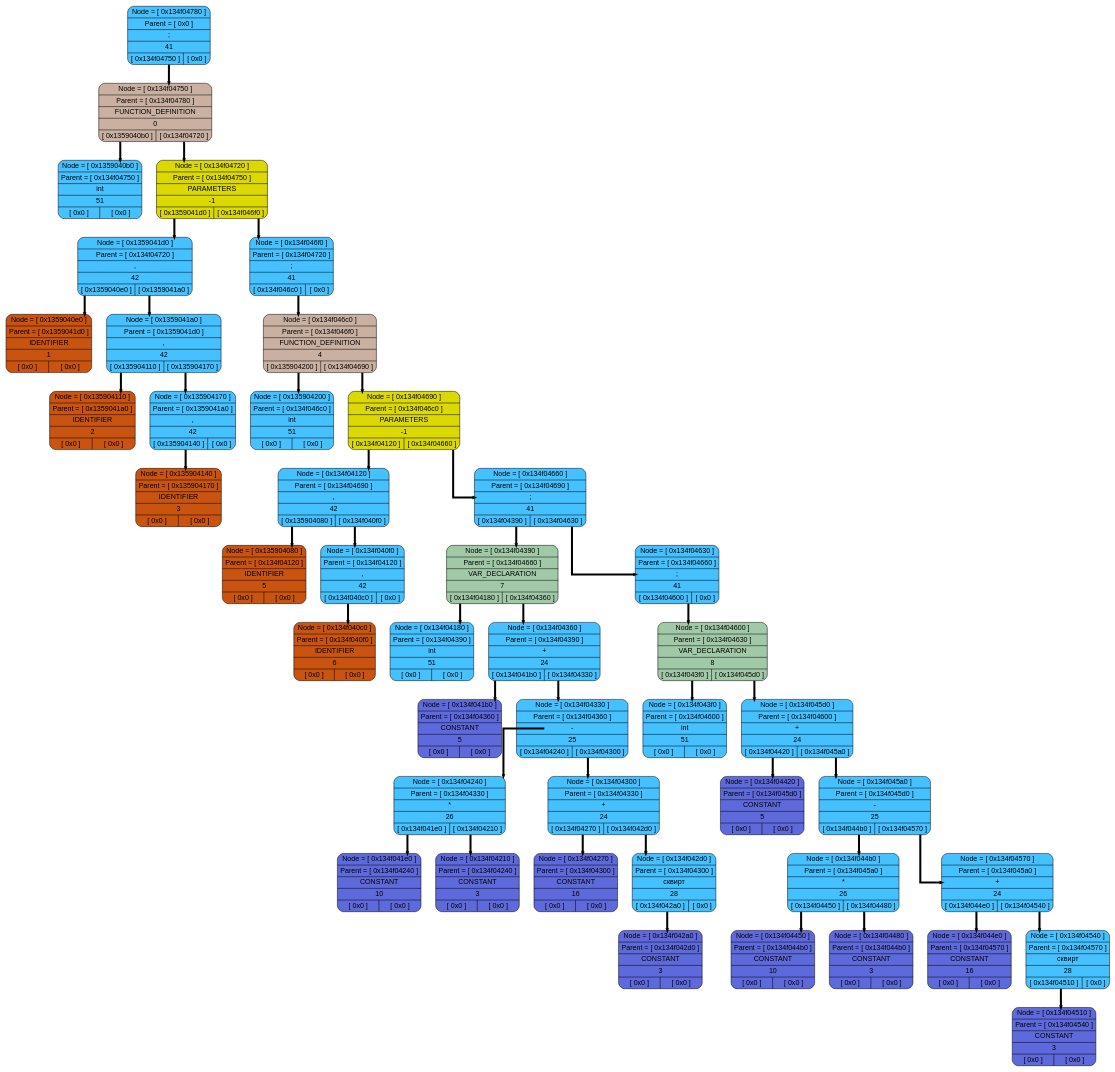
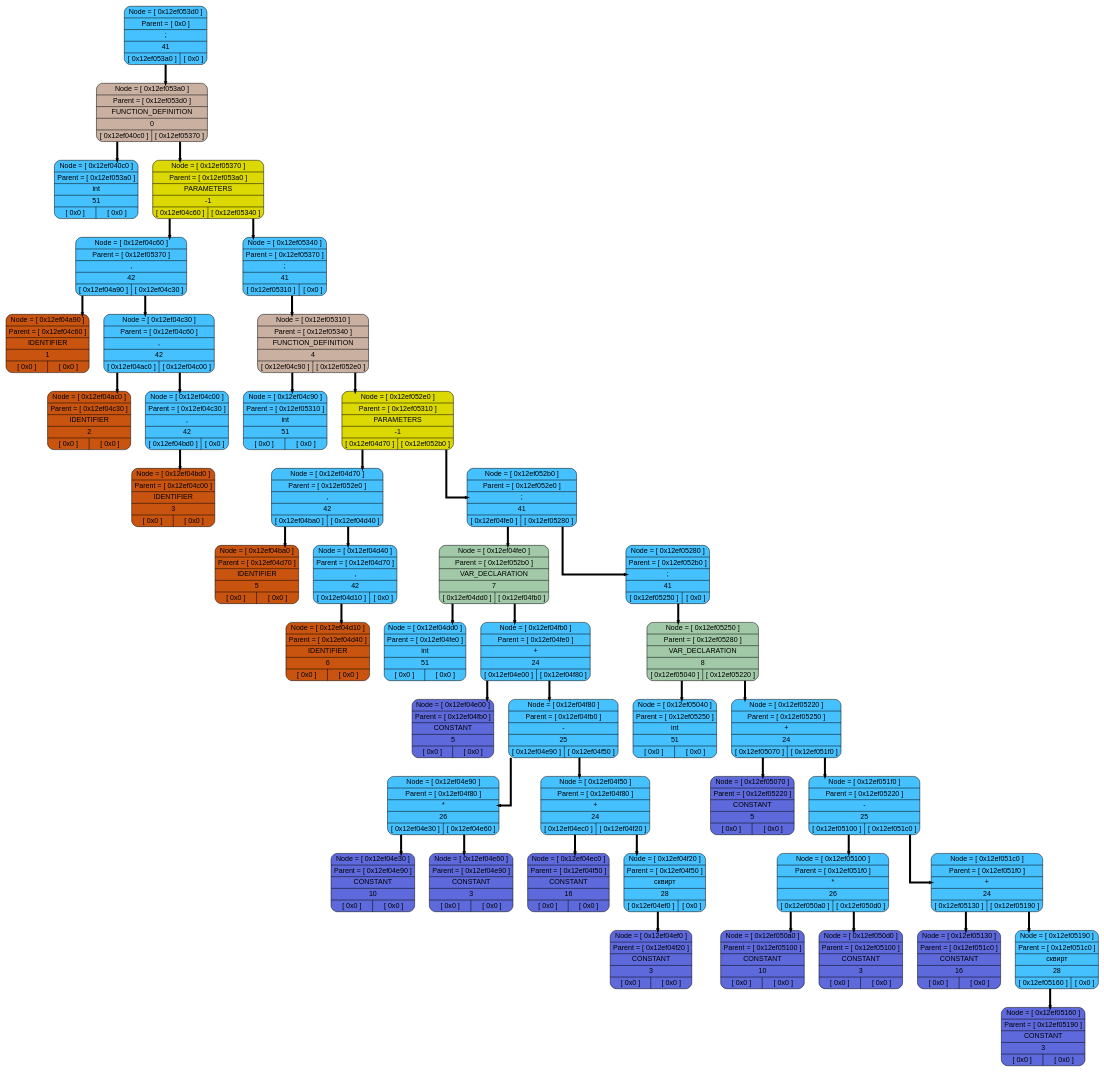
Before and after one commit to livlavr/Language: the diagram in Dump-source/dump.dot, drawn with Graphviz. The commit also changed 18 other files, not shown here.

```diff
--- a/Dump-source/dump.dot
+++ b/Dump-source/dump.dot
@@ -4,91 +4,91 @@
 nodesep=0.4;
 node [shape=record, fontname="Arial"];
 edge [style=bold, color="black", weight=10, penwidth=4, arrowsize=0.2];
-P0x134f04780 [style = "filled, rounded", fillcolor="#45c1ff"label=" {Node = [ 0x134f04780 ] | Parent = [ 0x0 ] | ; | 41| { <l> [ 0x134f04750 ] | <r> [ 0x0 ]}}" ];
-P0x134f04750 [style = "filled, rounded", fillcolor="#c9b0a1"label=" {Node = [ 0x134f04750 ] | Parent = [ 0x134f04780 ] | FUNCTION_DEFINITION | 0 | { <l> [ 0x1359040b0 ] | <r> [ 0x134f04720 ]}}" ];
-P0x1359040b0 [style = "filled, rounded", fillcolor="#45c1ff"label=" {Node = [ 0x1359040b0 ] | Parent = [ 0x134f04750 ] | int | 51| { <l> [ 0x0 ] | <r> [ 0x0 ]}}" ];
-P0x134f04720 [style = "filled, rounded", fillcolor="#dbd802"label=" {Node = [ 0x134f04720 ] | Parent = [ 0x134f04750 ] | PARAMETERS | -1 | { <l> [ 0x1359041d0 ] | <r> [ 0x134f046f0 ]}}" ];
-P0x1359041d0 [style = "filled, rounded", fillcolor="#45c1ff"label=" {Node = [ 0x1359041d0 ] | Parent = [ 0x134f04720 ] | , | 42| { <l> [ 0x1359040e0 ] | <r> [ 0x1359041a0 ]}}" ];
-P0x1359040e0 [style = "filled, rounded", fillcolor="#c95410"label=" {Node = [ 0x1359040e0 ] | Parent = [ 0x1359041d0 ] | IDENTIFIER | 1 | { <l> [ 0x0 ] | <r> [ 0x0 ]}}" ];
-P0x1359041a0 [style = "filled, rounded", fillcolor="#45c1ff"label=" {Node = [ 0x1359041a0 ] | Parent = [ 0x1359041d0 ] | , | 42| { <l> [ 0x135904110 ] | <r> [ 0x135904170 ]}}" ];
-P0x135904110 [style = "filled, rounded", fillcolor="#c95410"label=" {Node = [ 0x135904110 ] | Parent = [ 0x1359041a0 ] | IDENTIFIER | 2 | { <l> [ 0x0 ] | <r> [ 0x0 ]}}" ];
-P0x135904170 [style = "filled, rounded", fillcolor="#45c1ff"label=" {Node = [ 0x135904170 ] | Parent = [ 0x1359041a0 ] | , | 42| { <l> [ 0x135904140 ] | <r> [ 0x0 ]}}" ];
-P0x135904140 [style = "filled, rounded", fillcolor="#c95410"label=" {Node = [ 0x135904140 ] | Parent = [ 0x135904170 ] | IDENTIFIER | 3 | { <l> [ 0x0 ] | <r> [ 0x0 ]}}" ];
-P0x135904170:<l> -> P0x135904140
-P0x1359041a0:<l> -> P0x135904110
-P0x1359041a0:<r> -> P0x135904170
-P0x1359041d0:<l> -> P0x1359040e0
-P0x1359041d0:<r> -> P0x1359041a0
-P0x134f046f0 [style = "filled, rounded", fillcolor="#45c1ff"label=" {Node = [ 0x134f046f0 ] | Parent = [ 0x134f04720 ] | ; | 41| { <l> [ 0x134f046c0 ] | <r> [ 0x0 ]}}" ];
-P0x134f046c0 [style = "filled, rounded", fillcolor="#c9b0a1"label=" {Node = [ 0x134f046c0 ] | Parent = [ 0x134f046f0 ] | FUNCTION_DEFINITION | 4 | { <l> [ 0x135904200 ] | <r> [ 0x134f04690 ]}}" ];
-P0x135904200 [style = "filled, rounded", fillcolor="#45c1ff"label=" {Node = [ 0x135904200 ] | Parent = [ 0x134f046c0 ] | int | 51| { <l> [ 0x0 ] | <r> [ 0x0 ]}}" ];
-P0x134f04690 [style = "filled, rounded", fillcolor="#dbd802"label=" {Node = [ 0x134f04690 ] | Parent = [ 0x134f046c0 ] | PARAMETERS | -1 | { <l> [ 0x134f04120 ] | <r> [ 0x134f04660 ]}}" ];
-P0x134f04120 [style = "filled, rounded", fillcolor="#45c1ff"label=" {Node = [ 0x134f04120 ] | Parent = [ 0x134f04690 ] | , | 42| { <l> [ 0x135904080 ] | <r> [ 0x134f040f0 ]}}" ];
-P0x135904080 [style = "filled, rounded", fillcolor="#c95410"label=" {Node = [ 0x135904080 ] | Parent = [ 0x134f04120 ] | IDENTIFIER | 5 | { <l> [ 0x0 ] | <r> [ 0x0 ]}}" ];
-P0x134f040f0 [style = "filled, rounded", fillcolor="#45c1ff"label=" {Node = [ 0x134f040f0 ] | Parent = [ 0x134f04120 ] | , | 42| { <l> [ 0x134f040c0 ] | <r> [ 0x0 ]}}" ];
-P0x134f040c0 [style = "filled, rounded", fillcolor="#c95410"label=" {Node = [ 0x134f040c0 ] | Parent = [ 0x134f040f0 ] | IDENTIFIER | 6 | { <l> [ 0x0 ] | <r> [ 0x0 ]}}" ];
-P0x134f040f0:<l> -> P0x134f040c0
-P0x134f04120:<l> -> P0x135904080
-P0x134f04120:<r> -> P0x134f040f0
-P0x134f04660 [style = "filled, rounded", fillcolor="#45c1ff"label=" {Node = [ 0x134f04660 ] | Parent = [ 0x134f04690 ] | ; | 41| { <l> [ 0x134f04390 ] | <r> [ 0x134f04630 ]}}" ];
-P0x134f04390 [style = "filled, rounded", fillcolor="#a1c9a7"label=" {Node = [ 0x134f04390 ] | Parent = [ 0x134f04660 ] | VAR_DECLARATION | 7 | { <l> [ 0x134f04180 ] | <r> [ 0x134f04360 ]}}" ];
-P0x134f04180 [style = "filled, rounded", fillcolor="#45c1ff"label=" {Node = [ 0x134f04180 ] | Parent = [ 0x134f04390 ] | int | 51| { <l> [ 0x0 ] | <r> [ 0x0 ]}}" ];
-P0x134f04360 [style = "filled, rounded", fillcolor="#45c1ff"label=" {Node = [ 0x134f04360 ] | Parent = [ 0x134f04390 ] | + | 24| { <l> [ 0x134f041b0 ] | <r> [ 0x134f04330 ]}}" ];
-P0x134f041b0 [style = "filled, rounded", fillcolor="#5e69db"label=" {Node = [ 0x134f041b0 ] | Parent = [ 0x134f04360 ] | CONSTANT | 5 | { <l> [ 0x0 ] | <r> [ 0x0 ]}}" ];
-P0x134f04330 [style = "filled, rounded", fillcolor="#45c1ff"label=" {Node = [ 0x134f04330 ] | Parent = [ 0x134f04360 ] | - | 25| { <l> [ 0x134f04240 ] | <r> [ 0x134f04300 ]}}" ];
-P0x134f04240 [style = "filled, rounded", fillcolor="#45c1ff"label=" {Node = [ 0x134f04240 ] | Parent = [ 0x134f04330 ] | * | 26| { <l> [ 0x134f041e0 ] | <r> [ 0x134f04210 ]}}" ];
-P0x134f041e0 [style = "filled, rounded", fillcolor="#5e69db"label=" {Node = [ 0x134f041e0 ] | Parent = [ 0x134f04240 ] | CONSTANT | 10 | { <l> [ 0x0 ] | <r> [ 0x0 ]}}" ];
-P0x134f04210 [style = "filled, rounded", fillcolor="#5e69db"label=" {Node = [ 0x134f04210 ] | Parent = [ 0x134f04240 ] | CONSTANT | 3 | { <l> [ 0x0 ] | <r> [ 0x0 ]}}" ];
-P0x134f04240:<l> -> P0x134f041e0
-P0x134f04240:<r> -> P0x134f04210
-P0x134f04300 [style = "filled, rounded", fillcolor="#45c1ff"label=" {Node = [ 0x134f04300 ] | Parent = [ 0x134f04330 ] | + | 24| { <l> [ 0x134f04270 ] | <r> [ 0x134f042d0 ]}}" ];
-P0x134f04270 [style = "filled, rounded", fillcolor="#5e69db"label=" {Node = [ 0x134f04270 ] | Parent = [ 0x134f04300 ] | CONSTANT | 16 | { <l> [ 0x0 ] | <r> [ 0x0 ]}}" ];
-P0x134f042d0 [style = "filled, rounded", fillcolor="#45c1ff"label=" {Node = [ 0x134f042d0 ] | Parent = [ 0x134f04300 ] | сквирт | 28| { <l> [ 0x134f042a0 ] | <r> [ 0x0 ]}}" ];
-P0x134f042a0 [style = "filled, rounded", fillcolor="#5e69db"label=" {Node = [ 0x134f042a0 ] | Parent = [ 0x134f042d0 ] | CONSTANT | 3 | { <l> [ 0x0 ] | <r> [ 0x0 ]}}" ];
-P0x134f042d0:<l> -> P0x134f042a0
-P0x134f04300:<l> -> P0x134f04270
-P0x134f04300:<r> -> P0x134f042d0
-P0x134f04330:<l> -> P0x134f04240
-P0x134f04330:<r> -> P0x134f04300
-P0x134f04360:<l> -> P0x134f041b0
-P0x134f04360:<r> -> P0x134f04330
-P0x134f04390:<l> -> P0x134f04180
-P0x134f04390:<r> -> P0x134f04360
-P0x134f04630 [style = "filled, rounded", fillcolor="#45c1ff"label=" {Node = [ 0x134f04630 ] | Parent = [ 0x134f04660 ] | ; | 41| { <l> [ 0x134f04600 ] | <r> [ 0x0 ]}}" ];
-P0x134f04600 [style = "filled, rounded", fillcolor="#a1c9a7"label=" {Node = [ 0x134f04600 ] | Parent = [ 0x134f04630 ] | VAR_DECLARATION | 8 | { <l> [ 0x134f043f0 ] | <r> [ 0x134f045d0 ]}}" ];
-P0x134f043f0 [style = "filled, rounded", fillcolor="#45c1ff"label=" {Node = [ 0x134f043f0 ] | Parent = [ 0x134f04600 ] | int | 51| { <l> [ 0x0 ] | <r> [ 0x0 ]}}" ];
-P0x134f045d0 [style = "filled, rounded", fillcolor="#45c1ff"label=" {Node = [ 0x134f045d0 ] | Parent = [ 0x134f04600 ] | + | 24| { <l> [ 0x134f04420 ] | <r> [ 0x134f045a0 ]}}" ];
-P0x134f04420 [style = "filled, rounded", fillcolor="#5e69db"label=" {Node = [ 0x134f04420 ] | Parent = [ 0x134f045d0 ] | CONSTANT | 5 | { <l> [ 0x0 ] | <r> [ 0x0 ]}}" ];
-P0x134f045a0 [style = "filled, rounded", fillcolor="#45c1ff"label=" {Node = [ 0x134f045a0 ] | Parent = [ 0x134f045d0 ] | - | 25| { <l> [ 0x134f044b0 ] | <r> [ 0x134f04570 ]}}" ];
-P0x134f044b0 [style = "filled, rounded", fillcolor="#45c1ff"label=" {Node = [ 0x134f044b0 ] | Parent = [ 0x134f045a0 ] | * | 26| { <l> [ 0x134f04450 ] | <r> [ 0x134f04480 ]}}" ];
-P0x134f04450 [style = "filled, rounded", fillcolor="#5e69db"label=" {Node = [ 0x134f04450 ] | Parent = [ 0x134f044b0 ] | CONSTANT | 10 | { <l> [ 0x0 ] | <r> [ 0x0 ]}}" ];
-P0x134f04480 [style = "filled, rounded", fillcolor="#5e69db"label=" {Node = [ 0x134f04480 ] | Parent = [ 0x134f044b0 ] | CONSTANT | 3 | { <l> [ 0x0 ] | <r> [ 0x0 ]}}" ];
-P0x134f044b0:<l> -> P0x134f04450
-P0x134f044b0:<r> -> P0x134f04480
-P0x134f04570 [style = "filled, rounded", fillcolor="#45c1ff"label=" {Node = [ 0x134f04570 ] | Parent = [ 0x134f045a0 ] | + | 24| { <l> [ 0x134f044e0 ] | <r> [ 0x134f04540 ]}}" ];
-P0x134f044e0 [style = "filled, rounded", fillcolor="#5e69db"label=" {Node = [ 0x134f044e0 ] | Parent = [ 0x134f04570 ] | CONSTANT | 16 | { <l> [ 0x0 ] | <r> [ 0x0 ]}}" ];
-P0x134f04540 [style = "filled, rounded", fillcolor="#45c1ff"label=" {Node = [ 0x134f04540 ] | Parent = [ 0x134f04570 ] | сквирт | 28| { <l> [ 0x134f04510 ] | <r> [ 0x0 ]}}" ];
-P0x134f04510 [style = "filled, rounded", fillcolor="#5e69db"label=" {Node = [ 0x134f04510 ] | Parent = [ 0x134f04540 ] | CONSTANT | 3 | { <l> [ 0x0 ] | <r> [ 0x0 ]}}" ];
-P0x134f04540:<l> -> P0x134f04510
-P0x134f04570:<l> -> P0x134f044e0
-P0x134f04570:<r> -> P0x134f04540
-P0x134f045a0:<l> -> P0x134f044b0
-P0x134f045a0:<r> -> P0x134f04570
-P0x134f045d0:<l> -> P0x134f04420
-P0x134f045d0:<r> -> P0x134f045a0
-P0x134f04600:<l> -> P0x134f043f0
-P0x134f04600:<r> -> P0x134f045d0
-P0x134f04630:<l> -> P0x134f04600
-P0x134f04660:<l> -> P0x134f04390
-P0x134f04660:<r> -> P0x134f04630
-P0x134f04690:<l> -> P0x134f04120
-P0x134f04690:<r> -> P0x134f04660
-P0x134f046c0:<l> -> P0x135904200
-P0x134f046c0:<r> -> P0x134f04690
-P0x134f046f0:<l> -> P0x134f046c0
-P0x134f04720:<l> -> P0x1359041d0
-P0x134f04720:<r> -> P0x134f046f0
-P0x134f04750:<l> -> P0x1359040b0
-P0x134f04750:<r> -> P0x134f04720
-P0x134f04780:<l> -> P0x134f04750
+P0x12ef053d0 [style = "filled, rounded", fillcolor="#45c1ff"label=" {Node = [ 0x12ef053d0 ] | Parent = [ 0x0 ] | ; | 41| { <l> [ 0x12ef053a0 ] | <r> [ 0x0 ]}}" ];
+P0x12ef053a0 [style = "filled, rounded", fillcolor="#c9b0a1"label=" {Node = [ 0x12ef053a0 ] | Parent = [ 0x12ef053d0 ] | FUNCTION_DEFINITION | 0 | { <l> [ 0x12ef040c0 ] | <r> [ 0x12ef05370 ]}}" ];
+P0x12ef040c0 [style = "filled, rounded", fillcolor="#45c1ff"label=" {Node = [ 0x12ef040c0 ] | Parent = [ 0x12ef053a0 ] | int | 51| { <l> [ 0x0 ] | <r> [ 0x0 ]}}" ];
+P0x12ef05370 [style = "filled, rounded", fillcolor="#dbd802"label=" {Node = [ 0x12ef05370 ] | Parent = [ 0x12ef053a0 ] | PARAMETERS | -1 | { <l> [ 0x12ef04c60 ] | <r> [ 0x12ef05340 ]}}" ];
+P0x12ef04c60 [style = "filled, rounded", fillcolor="#45c1ff"label=" {Node = [ 0x12ef04c60 ] | Parent = [ 0x12ef05370 ] | , | 42| { <l> [ 0x12ef04a90 ] | <r> [ 0x12ef04c30 ]}}" ];
+P0x12ef04a90 [style = "filled, rounded", fillcolor="#c95410"label=" {Node = [ 0x12ef04a90 ] | Parent = [ 0x12ef04c60 ] | IDENTIFIER | 1 | { <l> [ 0x0 ] | <r> [ 0x0 ]}}" ];
+P0x12ef04c30 [style = "filled, rounded", fillcolor="#45c1ff"label=" {Node = [ 0x12ef04c30 ] | Parent = [ 0x12ef04c60 ] | , | 42| { <l> [ 0x12ef04ac0 ] | <r> [ 0x12ef04c00 ]}}" ];
+P0x12ef04ac0 [style = "filled, rounded", fillcolor="#c95410"label=" {Node = [ 0x12ef04ac0 ] | Parent = [ 0x12ef04c30 ] | IDENTIFIER | 2 | { <l> [ 0x0 ] | <r> [ 0x0 ]}}" ];
+P0x12ef04c00 [style = "filled, rounded", fillcolor="#45c1ff"label=" {Node = [ 0x12ef04c00 ] | Parent = [ 0x12ef04c30 ] | , | 42| { <l> [ 0x12ef04bd0 ] | <r> [ 0x0 ]}}" ];
+P0x12ef04bd0 [style = "filled, rounded", fillcolor="#c95410"label=" {Node = [ 0x12ef04bd0 ] | Parent = [ 0x12ef04c00 ] | IDENTIFIER | 3 | { <l> [ 0x0 ] | <r> [ 0x0 ]}}" ];
+P0x12ef04c00:<l> -> P0x12ef04bd0
+P0x12ef04c30:<l> -> P0x12ef04ac0
+P0x12ef04c30:<r> -> P0x12ef04c00
+P0x12ef04c60:<l> -> P0x12ef04a90
+P0x12ef04c60:<r> -> P0x12ef04c30
+P0x12ef05340 [style = "filled, rounded", fillcolor="#45c1ff"label=" {Node = [ 0x12ef05340 ] | Parent = [ 0x12ef05370 ] | ; | 41| { <l> [ 0x12ef05310 ] | <r> [ 0x0 ]}}" ];
+P0x12ef05310 [style = "filled, rounded", fillcolor="#c9b0a1"label=" {Node = [ 0x12ef05310 ] | Parent = [ 0x12ef05340 ] | FUNCTION_DEFINITION | 4 | { <l> [ 0x12ef04c90 ] | <r> [ 0x12ef052e0 ]}}" ];
+P0x12ef04c90 [style = "filled, rounded", fillcolor="#45c1ff"label=" {Node = [ 0x12ef04c90 ] | Parent = [ 0x12ef05310 ] | int | 51| { <l> [ 0x0 ] | <r> [ 0x0 ]}}" ];
+P0x12ef052e0 [style = "filled, rounded", fillcolor="#dbd802"label=" {Node = [ 0x12ef052e0 ] | Parent = [ 0x12ef05310 ] | PARAMETERS | -1 | { <l> [ 0x12ef04d70 ] | <r> [ 0x12ef052b0 ]}}" ];
+P0x12ef04d70 [style = "filled, rounded", fillcolor="#45c1ff"label=" {Node = [ 0x12ef04d70 ] | Parent = [ 0x12ef052e0 ] | , | 42| { <l> [ 0x12ef04ba0 ] | <r> [ 0x12ef04d40 ]}}" ];
+P0x12ef04ba0 [style = "filled, rounded", fillcolor="#c95410"label=" {Node = [ 0x12ef04ba0 ] | Parent = [ 0x12ef04d70 ] | IDENTIFIER | 5 | { <l> [ 0x0 ] | <r> [ 0x0 ]}}" ];
+P0x12ef04d40 [style = "filled, rounded", fillcolor="#45c1ff"label=" {Node = [ 0x12ef04d40 ] | Parent = [ 0x12ef04d70 ] | , | 42| { <l> [ 0x12ef04d10 ] | <r> [ 0x0 ]}}" ];
+P0x12ef04d10 [style = "filled, rounded", fillcolor="#c95410"label=" {Node = [ 0x12ef04d10 ] | Parent = [ 0x12ef04d40 ] | IDENTIFIER | 6 | { <l> [ 0x0 ] | <r> [ 0x0 ]}}" ];
+P0x12ef04d40:<l> -> P0x12ef04d10
+P0x12ef04d70:<l> -> P0x12ef04ba0
+P0x12ef04d70:<r> -> P0x12ef04d40
+P0x12ef052b0 [style = "filled, rounded", fillcolor="#45c1ff"label=" {Node = [ 0x12ef052b0 ] | Parent = [ 0x12ef052e0 ] | ; | 41| { <l> [ 0x12ef04fe0 ] | <r> [ 0x12ef05280 ]}}" ];
+P0x12ef04fe0 [style = "filled, rounded", fillcolor="#a1c9a7"label=" {Node = [ 0x12ef04fe0 ] | Parent = [ 0x12ef052b0 ] | VAR_DECLARATION | 7 | { <l> [ 0x12ef04dd0 ] | <r> [ 0x12ef04fb0 ]}}" ];
+P0x12ef04dd0 [style = "filled, rounded", fillcolor="#45c1ff"label=" {Node = [ 0x12ef04dd0 ] | Parent = [ 0x12ef04fe0 ] | int | 51| { <l> [ 0x0 ] | <r> [ 0x0 ]}}" ];
+P0x12ef04fb0 [style = "filled, rounded", fillcolor="#45c1ff"label=" {Node = [ 0x12ef04fb0 ] | Parent = [ 0x12ef04fe0 ] | + | 24| { <l> [ 0x12ef04e00 ] | <r> [ 0x12ef04f80 ]}}" ];
+P0x12ef04e00 [style = "filled, rounded", fillcolor="#5e69db"label=" {Node = [ 0x12ef04e00 ] | Parent = [ 0x12ef04fb0 ] | CONSTANT | 5 | { <l> [ 0x0 ] | <r> [ 0x0 ]}}" ];
+P0x12ef04f80 [style = "filled, rounded", fillcolor="#45c1ff"label=" {Node = [ 0x12ef04f80 ] | Parent = [ 0x12ef04fb0 ] | - | 25| { <l> [ 0x12ef04e90 ] | <r> [ 0x12ef04f50 ]}}" ];
+P0x12ef04e90 [style = "filled, rounded", fillcolor="#45c1ff"label=" {Node = [ 0x12ef04e90 ] | Parent = [ 0x12ef04f80 ] | * | 26| { <l> [ 0x12ef04e30 ] | <r> [ 0x12ef04e60 ]}}" ];
+P0x12ef04e30 [style = "filled, rounded", fillcolor="#5e69db"label=" {Node = [ 0x12ef04e30 ] | Parent = [ 0x12ef04e90 ] | CONSTANT | 10 | { <l> [ 0x0 ] | <r> [ 0x0 ]}}" ];
+P0x12ef04e60 [style = "filled, rounded", fillcolor="#5e69db"label=" {Node = [ 0x12ef04e60 ] | Parent = [ 0x12ef04e90 ] | CONSTANT | 3 | { <l> [ 0x0 ] | <r> [ 0x0 ]}}" ];
+P0x12ef04e90:<l> -> P0x12ef04e30
+P0x12ef04e90:<r> -> P0x12ef04e60
+P0x12ef04f50 [style = "filled, rounded", fillcolor="#45c1ff"label=" {Node = [ 0x12ef04f50 ] | Parent = [ 0x12ef04f80 ] | + | 24| { <l> [ 0x12ef04ec0 ] | <r> [ 0x12ef04f20 ]}}" ];
+P0x12ef04ec0 [style = "filled, rounded", fillcolor="#5e69db"label=" {Node = [ 0x12ef04ec0 ] | Parent = [ 0x12ef04f50 ] | CONSTANT | 16 | { <l> [ 0x0 ] | <r> [ 0x0 ]}}" ];
+P0x12ef04f20 [style = "filled, rounded", fillcolor="#45c1ff"label=" {Node = [ 0x12ef04f20 ] | Parent = [ 0x12ef04f50 ] | сквирт | 28| { <l> [ 0x12ef04ef0 ] | <r> [ 0x0 ]}}" ];
+P0x12ef04ef0 [style = "filled, rounded", fillcolor="#5e69db"label=" {Node = [ 0x12ef04ef0 ] | Parent = [ 0x12ef04f20 ] | CONSTANT | 3 | { <l> [ 0x0 ] | <r> [ 0x0 ]}}" ];
+P0x12ef04f20:<l> -> P0x12ef04ef0
+P0x12ef04f50:<l> -> P0x12ef04ec0
+P0x12ef04f50:<r> -> P0x12ef04f20
+P0x12ef04f80:<l> -> P0x12ef04e90
+P0x12ef04f80:<r> -> P0x12ef04f50
+P0x12ef04fb0:<l> -> P0x12ef04e00
+P0x12ef04fb0:<r> -> P0x12ef04f80
+P0x12ef04fe0:<l> -> P0x12ef04dd0
+P0x12ef04fe0:<r> -> P0x12ef04fb0
+P0x12ef05280 [style = "filled, rounded", fillcolor="#45c1ff"label=" {Node = [ 0x12ef05280 ] | Parent = [ 0x12ef052b0 ] | ; | 41| { <l> [ 0x12ef05250 ] | <r> [ 0x0 ]}}" ];
+P0x12ef05250 [style = "filled, rounded", fillcolor="#a1c9a7"label=" {Node = [ 0x12ef05250 ] | Parent = [ 0x12ef05280 ] | VAR_DECLARATION | 8 | { <l> [ 0x12ef05040 ] | <r> [ 0x12ef05220 ]}}" ];
+P0x12ef05040 [style = "filled, rounded", fillcolor="#45c1ff"label=" {Node = [ 0x12ef05040 ] | Parent = [ 0x12ef05250 ] | int | 51| { <l> [ 0x0 ] | <r> [ 0x0 ]}}" ];
+P0x12ef05220 [style = "filled, rounded", fillcolor="#45c1ff"label=" {Node = [ 0x12ef05220 ] | Parent = [ 0x12ef05250 ] | + | 24| { <l> [ 0x12ef05070 ] | <r> [ 0x12ef051f0 ]}}" ];
+P0x12ef05070 [style = "filled, rounded", fillcolor="#5e69db"label=" {Node = [ 0x12ef05070 ] | Parent = [ 0x12ef05220 ] | CONSTANT | 5 | { <l> [ 0x0 ] | <r> [ 0x0 ]}}" ];
+P0x12ef051f0 [style = "filled, rounded", fillcolor="#45c1ff"label=" {Node = [ 0x12ef051f0 ] | Parent = [ 0x12ef05220 ] | - | 25| { <l> [ 0x12ef05100 ] | <r> [ 0x12ef051c0 ]}}" ];
+P0x12ef05100 [style = "filled, rounded", fillcolor="#45c1ff"label=" {Node = [ 0x12ef05100 ] | Parent = [ 0x12ef051f0 ] | * | 26| { <l> [ 0x12ef050a0 ] | <r> [ 0x12ef050d0 ]}}" ];
+P0x12ef050a0 [style = "filled, rounded", fillcolor="#5e69db"label=" {Node = [ 0x12ef050a0 ] | Parent = [ 0x12ef05100 ] | CONSTANT | 10 | { <l> [ 0x0 ] | <r> [ 0x0 ]}}" ];
+P0x12ef050d0 [style = "filled, rounded", fillcolor="#5e69db"label=" {Node = [ 0x12ef050d0 ] | Parent = [ 0x12ef05100 ] | CONSTANT | 3 | { <l> [ 0x0 ] | <r> [ 0x0 ]}}" ];
+P0x12ef05100:<l> -> P0x12ef050a0
+P0x12ef05100:<r> -> P0x12ef050d0
+P0x12ef051c0 [style = "filled, rounded", fillcolor="#45c1ff"label=" {Node = [ 0x12ef051c0 ] | Parent = [ 0x12ef051f0 ] | + | 24| { <l> [ 0x12ef05130 ] | <r> [ 0x12ef05190 ]}}" ];
+P0x12ef05130 [style = "filled, rounded", fillcolor="#5e69db"label=" {Node = [ 0x12ef05130 ] | Parent = [ 0x12ef051c0 ] | CONSTANT | 16 | { <l> [ 0x0 ] | <r> [ 0x0 ]}}" ];
+P0x12ef05190 [style = "filled, rounded", fillcolor="#45c1ff"label=" {Node = [ 0x12ef05190 ] | Parent = [ 0x12ef051c0 ] | сквирт | 28| { <l> [ 0x12ef05160 ] | <r> [ 0x0 ]}}" ];
+P0x12ef05160 [style = "filled, rounded", fillcolor="#5e69db"label=" {Node = [ 0x12ef05160 ] | Parent = [ 0x12ef05190 ] | CONSTANT | 3 | { <l> [ 0x0 ] | <r> [ 0x0 ]}}" ];
+P0x12ef05190:<l> -> P0x12ef05160
+P0x12ef051c0:<l> -> P0x12ef05130
+P0x12ef051c0:<r> -> P0x12ef05190
+P0x12ef051f0:<l> -> P0x12ef05100
+P0x12ef051f0:<r> -> P0x12ef051c0
+P0x12ef05220:<l> -> P0x12ef05070
+P0x12ef05220:<r> -> P0x12ef051f0
+P0x12ef05250:<l> -> P0x12ef05040
+P0x12ef05250:<r> -> P0x12ef05220
+P0x12ef05280:<l> -> P0x12ef05250
+P0x12ef052b0:<l> -> P0x12ef04fe0
+P0x12ef052b0:<r> -> P0x12ef05280
+P0x12ef052e0:<l> -> P0x12ef04d70
+P0x12ef052e0:<r> -> P0x12ef052b0
+P0x12ef05310:<l> -> P0x12ef04c90
+P0x12ef05310:<r> -> P0x12ef052e0
+P0x12ef05340:<l> -> P0x12ef05310
+P0x12ef05370:<l> -> P0x12ef04c60
+P0x12ef05370:<r> -> P0x12ef05340
+P0x12ef053a0:<l> -> P0x12ef040c0
+P0x12ef053a0:<r> -> P0x12ef05370
+P0x12ef053d0:<l> -> P0x12ef053a0
 }
```
